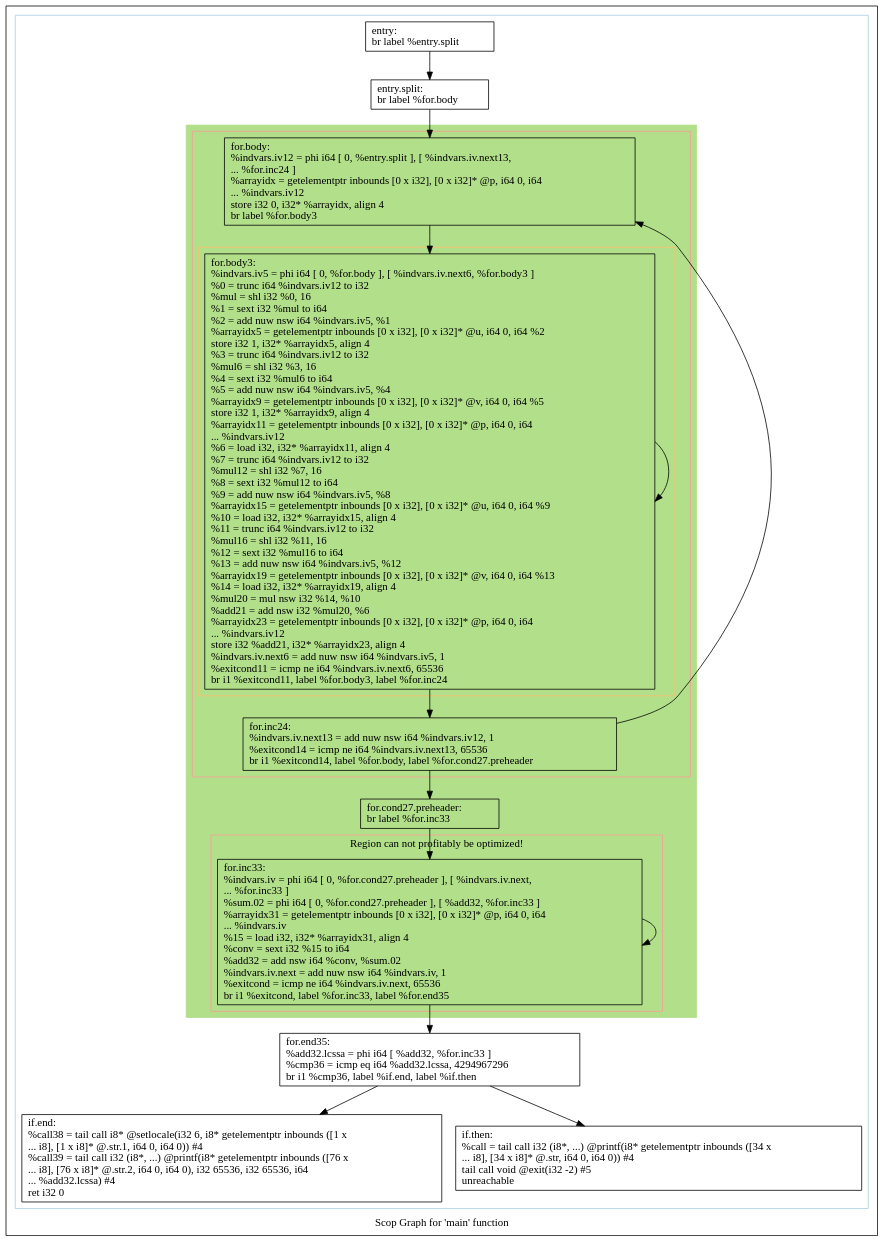
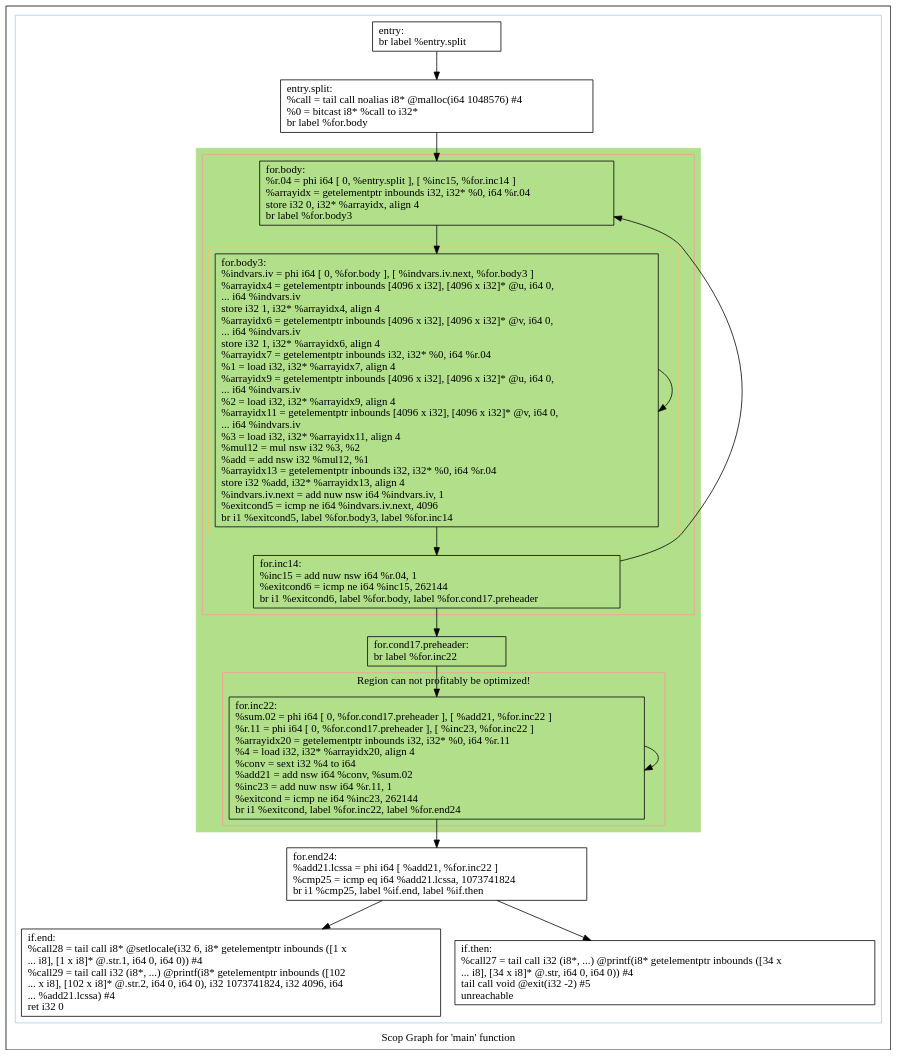
One commit to samminweng/WhileyOpenCL changed the diagram in polly/VectorMult/impl/handwritten/dot/scops.main.dot. Above: the diagram before and after it, drawn with Graphviz. The commit also changed 65 other files, not shown here.

```diff
--- a/polly/VectorMult/impl/handwritten/dot/scops.main.dot
+++ b/polly/VectorMult/impl/handwritten/dot/scops.main.dot
@@ -1,61 +1,61 @@
 digraph "Scop Graph for 'main' function" {
 	label="Scop Graph for 'main' function";
 
-	Node0x523b450 [shape=record,label="{entry:\l  br label %entry.split\l}"];
-	Node0x523b450 -> Node0x524df10;
-	Node0x524df10 [shape=record,label="{entry.split:                                      \l  br label %for.body\l}"];
-	Node0x524df10 -> Node0x523b570;
-	Node0x523b570 [shape=record,label="{for.body:                                         \l  %indvars.iv12 = phi i64 [ 0, %entry.split ], [ %indvars.iv.next13,\l... %for.inc24 ]\l  %arrayidx = getelementptr inbounds [0 x i32], [0 x i32]* @p, i64 0, i64\l... %indvars.iv12\l  store i32 0, i32* %arrayidx, align 4\l  br label %for.body3\l}"];
-	Node0x523b570 -> Node0x5250170;
-	Node0x5250170 [shape=record,label="{for.body3:                                        \l  %indvars.iv5 = phi i64 [ 0, %for.body ], [ %indvars.iv.next6, %for.body3 ]\l  %0 = trunc i64 %indvars.iv12 to i32\l  %mul = shl i32 %0, 16\l  %1 = sext i32 %mul to i64\l  %2 = add nuw nsw i64 %indvars.iv5, %1\l  %arrayidx5 = getelementptr inbounds [0 x i32], [0 x i32]* @u, i64 0, i64 %2\l  store i32 1, i32* %arrayidx5, align 4\l  %3 = trunc i64 %indvars.iv12 to i32\l  %mul6 = shl i32 %3, 16\l  %4 = sext i32 %mul6 to i64\l  %5 = add nuw nsw i64 %indvars.iv5, %4\l  %arrayidx9 = getelementptr inbounds [0 x i32], [0 x i32]* @v, i64 0, i64 %5\l  store i32 1, i32* %arrayidx9, align 4\l  %arrayidx11 = getelementptr inbounds [0 x i32], [0 x i32]* @p, i64 0, i64\l... %indvars.iv12\l  %6 = load i32, i32* %arrayidx11, align 4\l  %7 = trunc i64 %indvars.iv12 to i32\l  %mul12 = shl i32 %7, 16\l  %8 = sext i32 %mul12 to i64\l  %9 = add nuw nsw i64 %indvars.iv5, %8\l  %arrayidx15 = getelementptr inbounds [0 x i32], [0 x i32]* @u, i64 0, i64 %9\l  %10 = load i32, i32* %arrayidx15, align 4\l  %11 = trunc i64 %indvars.iv12 to i32\l  %mul16 = shl i32 %11, 16\l  %12 = sext i32 %mul16 to i64\l  %13 = add nuw nsw i64 %indvars.iv5, %12\l  %arrayidx19 = getelementptr inbounds [0 x i32], [0 x i32]* @v, i64 0, i64 %13\l  %14 = load i32, i32* %arrayidx19, align 4\l  %mul20 = mul nsw i32 %14, %10\l  %add21 = add nsw i32 %mul20, %6\l  %arrayidx23 = getelementptr inbounds [0 x i32], [0 x i32]* @p, i64 0, i64\l... %indvars.iv12\l  store i32 %add21, i32* %arrayidx23, align 4\l  %indvars.iv.next6 = add nuw nsw i64 %indvars.iv5, 1\l  %exitcond11 = icmp ne i64 %indvars.iv.next6, 65536\l  br i1 %exitcond11, label %for.body3, label %for.inc24\l}"];
-	Node0x5250170 -> Node0x5250170[constraint=false];
-	Node0x5250170 -> Node0x5249c50;
-	Node0x5249c50 [shape=record,label="{for.inc24:                                        \l  %indvars.iv.next13 = add nuw nsw i64 %indvars.iv12, 1\l  %exitcond14 = icmp ne i64 %indvars.iv.next13, 65536\l  br i1 %exitcond14, label %for.body, label %for.cond27.preheader\l}"];
-	Node0x5249c50 -> Node0x523b570[constraint=false];
-	Node0x5249c50 -> Node0x524dc10;
-	Node0x524dc10 [shape=record,label="{for.cond27.preheader:                             \l  br label %for.inc33\l}"];
-	Node0x524dc10 -> Node0x524d7b0;
-	Node0x524d7b0 [shape=record,label="{for.inc33:                                        \l  %indvars.iv = phi i64 [ 0, %for.cond27.preheader ], [ %indvars.iv.next,\l... %for.inc33 ]\l  %sum.02 = phi i64 [ 0, %for.cond27.preheader ], [ %add32, %for.inc33 ]\l  %arrayidx31 = getelementptr inbounds [0 x i32], [0 x i32]* @p, i64 0, i64\l... %indvars.iv\l  %15 = load i32, i32* %arrayidx31, align 4\l  %conv = sext i32 %15 to i64\l  %add32 = add nsw i64 %conv, %sum.02\l  %indvars.iv.next = add nuw nsw i64 %indvars.iv, 1\l  %exitcond = icmp ne i64 %indvars.iv.next, 65536\l  br i1 %exitcond, label %for.inc33, label %for.end35\l}"];
-	Node0x524d7b0 -> Node0x524d7b0[constraint=false];
-	Node0x524d7b0 -> Node0x524def0;
-	Node0x524def0 [shape=record,label="{for.end35:                                        \l  %add32.lcssa = phi i64 [ %add32, %for.inc33 ]\l  %cmp36 = icmp eq i64 %add32.lcssa, 4294967296\l  br i1 %cmp36, label %if.end, label %if.then\l}"];
-	Node0x524def0 -> Node0x524d410;
-	Node0x524def0 -> Node0x524f1f0;
-	Node0x524d410 [shape=record,label="{if.end:                                           \l  %call38 = tail call i8* @setlocale(i32 6, i8* getelementptr inbounds ([1 x\l... i8], [1 x i8]* @.str.1, i64 0, i64 0)) #4\l  %call39 = tail call i32 (i8*, ...) @printf(i8* getelementptr inbounds ([76 x\l... i8], [76 x i8]* @.str.2, i64 0, i64 0), i32 65536, i32 65536, i64\l... %add32.lcssa) #4\l  ret i32 0\l}"];
-	Node0x524f1f0 [shape=record,label="{if.then:                                          \l  %call = tail call i32 (i8*, ...) @printf(i8* getelementptr inbounds ([34 x\l... i8], [34 x i8]* @.str, i64 0, i64 0)) #4\l  tail call void @exit(i32 -2) #5\l  unreachable\l}"];
+	Node0x6af5f40 [shape=record,label="{entry:\l  br label %entry.split\l}"];
+	Node0x6af5f40 -> Node0x6af6200;
+	Node0x6af6200 [shape=record,label="{entry.split:                                      \l  %call = tail call noalias i8* @malloc(i64 1048576) #4\l  %0 = bitcast i8* %call to i32*\l  br label %for.body\l}"];
+	Node0x6af6200 -> Node0x6af6060;
+	Node0x6af6060 [shape=record,label="{for.body:                                         \l  %r.04 = phi i64 [ 0, %entry.split ], [ %inc15, %for.inc14 ]\l  %arrayidx = getelementptr inbounds i32, i32* %0, i64 %r.04\l  store i32 0, i32* %arrayidx, align 4\l  br label %for.body3\l}"];
+	Node0x6af6060 -> Node0x6b04760;
+	Node0x6b04760 [shape=record,label="{for.body3:                                        \l  %indvars.iv = phi i64 [ 0, %for.body ], [ %indvars.iv.next, %for.body3 ]\l  %arrayidx4 = getelementptr inbounds [4096 x i32], [4096 x i32]* @u, i64 0,\l... i64 %indvars.iv\l  store i32 1, i32* %arrayidx4, align 4\l  %arrayidx6 = getelementptr inbounds [4096 x i32], [4096 x i32]* @v, i64 0,\l... i64 %indvars.iv\l  store i32 1, i32* %arrayidx6, align 4\l  %arrayidx7 = getelementptr inbounds i32, i32* %0, i64 %r.04\l  %1 = load i32, i32* %arrayidx7, align 4\l  %arrayidx9 = getelementptr inbounds [4096 x i32], [4096 x i32]* @u, i64 0,\l... i64 %indvars.iv\l  %2 = load i32, i32* %arrayidx9, align 4\l  %arrayidx11 = getelementptr inbounds [4096 x i32], [4096 x i32]* @v, i64 0,\l... i64 %indvars.iv\l  %3 = load i32, i32* %arrayidx11, align 4\l  %mul12 = mul nsw i32 %3, %2\l  %add = add nsw i32 %mul12, %1\l  %arrayidx13 = getelementptr inbounds i32, i32* %0, i64 %r.04\l  store i32 %add, i32* %arrayidx13, align 4\l  %indvars.iv.next = add nuw nsw i64 %indvars.iv, 1\l  %exitcond5 = icmp ne i64 %indvars.iv.next, 4096\l  br i1 %exitcond5, label %for.body3, label %for.inc14\l}"];
+	Node0x6b04760 -> Node0x6b04760[constraint=false];
+	Node0x6b04760 -> Node0x6b08e10;
+	Node0x6b08e10 [shape=record,label="{for.inc14:                                        \l  %inc15 = add nuw nsw i64 %r.04, 1\l  %exitcond6 = icmp ne i64 %inc15, 262144\l  br i1 %exitcond6, label %for.body, label %for.cond17.preheader\l}"];
+	Node0x6b08e10 -> Node0x6af6060[constraint=false];
+	Node0x6b08e10 -> Node0x6b06650;
+	Node0x6b06650 [shape=record,label="{for.cond17.preheader:                             \l  br label %for.inc22\l}"];
+	Node0x6b06650 -> Node0x6b08da0;
+	Node0x6b08da0 [shape=record,label="{for.inc22:                                        \l  %sum.02 = phi i64 [ 0, %for.cond17.preheader ], [ %add21, %for.inc22 ]\l  %r.11 = phi i64 [ 0, %for.cond17.preheader ], [ %inc23, %for.inc22 ]\l  %arrayidx20 = getelementptr inbounds i32, i32* %0, i64 %r.11\l  %4 = load i32, i32* %arrayidx20, align 4\l  %conv = sext i32 %4 to i64\l  %add21 = add nsw i64 %conv, %sum.02\l  %inc23 = add nuw nsw i64 %r.11, 1\l  %exitcond = icmp ne i64 %inc23, 262144\l  br i1 %exitcond, label %for.inc22, label %for.end24\l}"];
+	Node0x6b08da0 -> Node0x6b08da0[constraint=false];
+	Node0x6b08da0 -> Node0x6b06100;
+	Node0x6b06100 [shape=record,label="{for.end24:                                        \l  %add21.lcssa = phi i64 [ %add21, %for.inc22 ]\l  %cmp25 = icmp eq i64 %add21.lcssa, 1073741824\l  br i1 %cmp25, label %if.end, label %if.then\l}"];
+	Node0x6b06100 -> Node0x6b08000;
+	Node0x6b06100 -> Node0x6b06ef0;
+	Node0x6b08000 [shape=record,label="{if.end:                                           \l  %call28 = tail call i8* @setlocale(i32 6, i8* getelementptr inbounds ([1 x\l... i8], [1 x i8]* @.str.1, i64 0, i64 0)) #4\l  %call29 = tail call i32 (i8*, ...) @printf(i8* getelementptr inbounds ([102\l... x i8], [102 x i8]* @.str.2, i64 0, i64 0), i32 1073741824, i32 4096, i64\l... %add21.lcssa) #4\l  ret i32 0\l}"];
+	Node0x6b06ef0 [shape=record,label="{if.then:                                          \l  %call27 = tail call i32 (i8*, ...) @printf(i8* getelementptr inbounds ([34 x\l... i8], [34 x i8]* @.str, i64 0, i64 0)) #4\l  tail call void @exit(i32 -2) #5\l  unreachable\l}"];
 	colorscheme = "paired12"
-        subgraph cluster_0x523b3d0 {
+        subgraph cluster_0x6af5ec0 {
           label = "";
           style = solid;
           color = 1
-          subgraph cluster_0x524eeb0 {
+          subgraph cluster_0x6b06720 {
             label = "";
             style = filled;
-            color = 3            subgraph cluster_0x523c7b0 {
+            color = 3            subgraph cluster_0x6af72a0 {
               label = "";
               style = solid;
               color = 5
-              subgraph cluster_0x523c730 {
+              subgraph cluster_0x6af7220 {
                 label = "";
                 style = solid;
                 color = 7
-                Node0x5250170;
+                Node0x6b04760;
               }
-              Node0x523b570;
-              Node0x5249c50;
+              Node0x6af6060;
+              Node0x6b08e10;
             }
-            subgraph cluster_0x523b4f0 {
+            subgraph cluster_0x6af5fe0 {
               label = "Region can not profitably be optimized!";
               style = solid;
               color = 5
-              Node0x524d7b0;
+              Node0x6b08da0;
             }
-            Node0x524dc10;
+            Node0x6b06650;
           }
-          Node0x523b450;
-          Node0x524df10;
-          Node0x524def0;
-          Node0x524d410;
-          Node0x524f1f0;
+          Node0x6af5f40;
+          Node0x6af6200;
+          Node0x6b06100;
+          Node0x6b08000;
+          Node0x6b06ef0;
         }
 }
```
